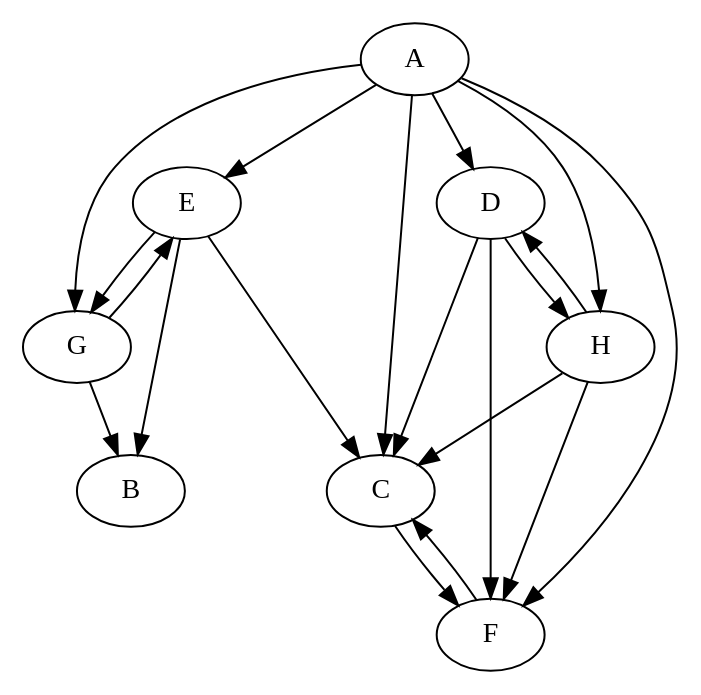
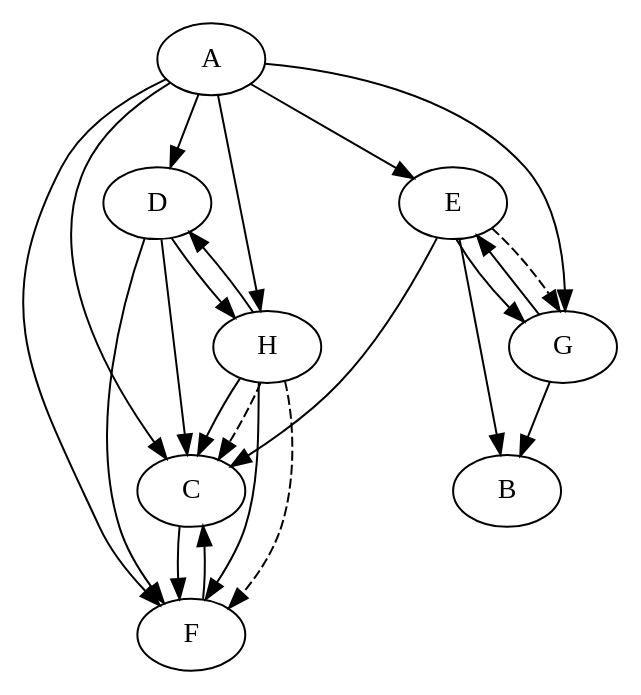
One commit to modSquad/AaD changed the diagram in SourcesMatlab/solution1.dot. Above: the diagram before and after it, drawn with Graphviz. The commit also changed 1 other file, not shown here.

```diff
--- a/SourcesMatlab/solution1.dot
+++ b/SourcesMatlab/solution1.dot
@@ -1,30 +1,35 @@
 digraph G {
+A;
+B;
+C;
+D;
+E;
+F;
+G;
+H;
+
 E -> B;
 G -> B;
 A -> C;
 D -> C;
 E -> C;
 F -> C;
 H -> C;
 A -> D;
 H -> D;
 A -> E;
 G -> E;
 A -> F;
 C -> F;
 D -> F;
 H -> F;
 A -> G;
 E -> G;
 A -> H;
 D -> H;
 
-A;
-B;
-C;
-D;
-E;
-F;
-G;
-H;
+H -> C[style = "dashed"];
+H -> F[style = "dashed"];
+E -> G[style = "dashed"];
+
 }
```
